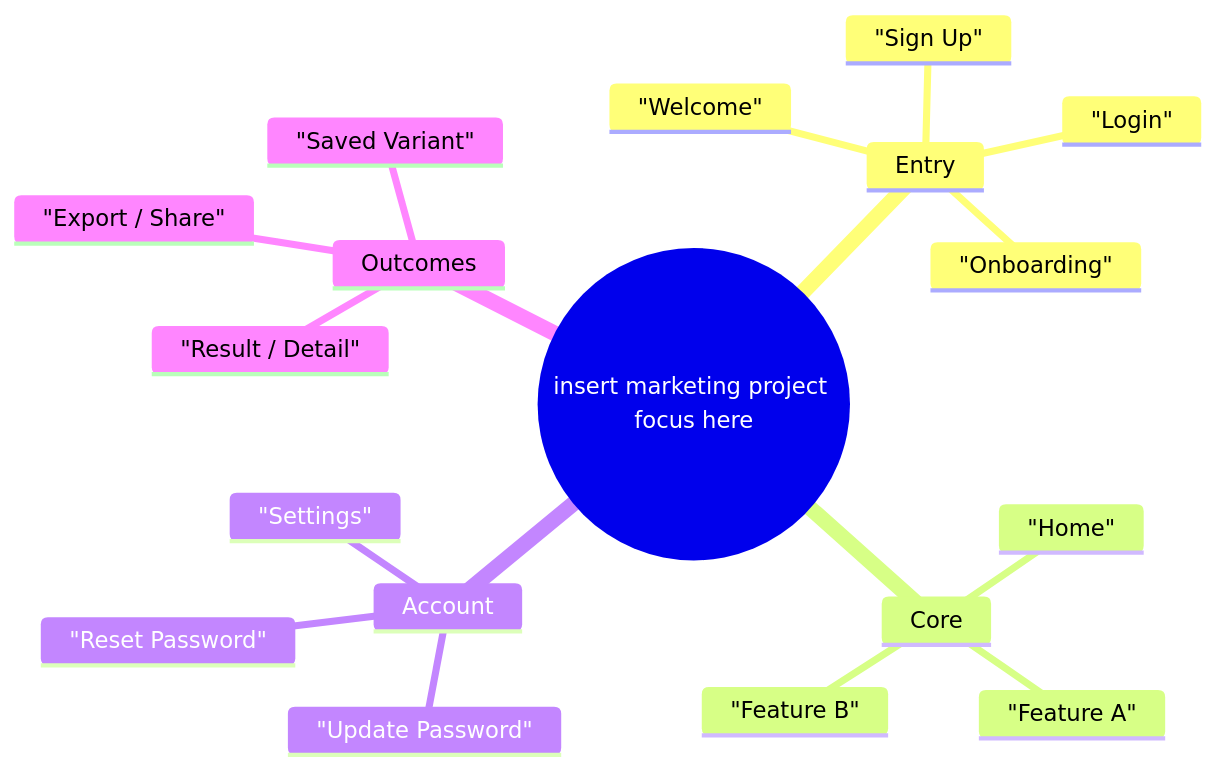
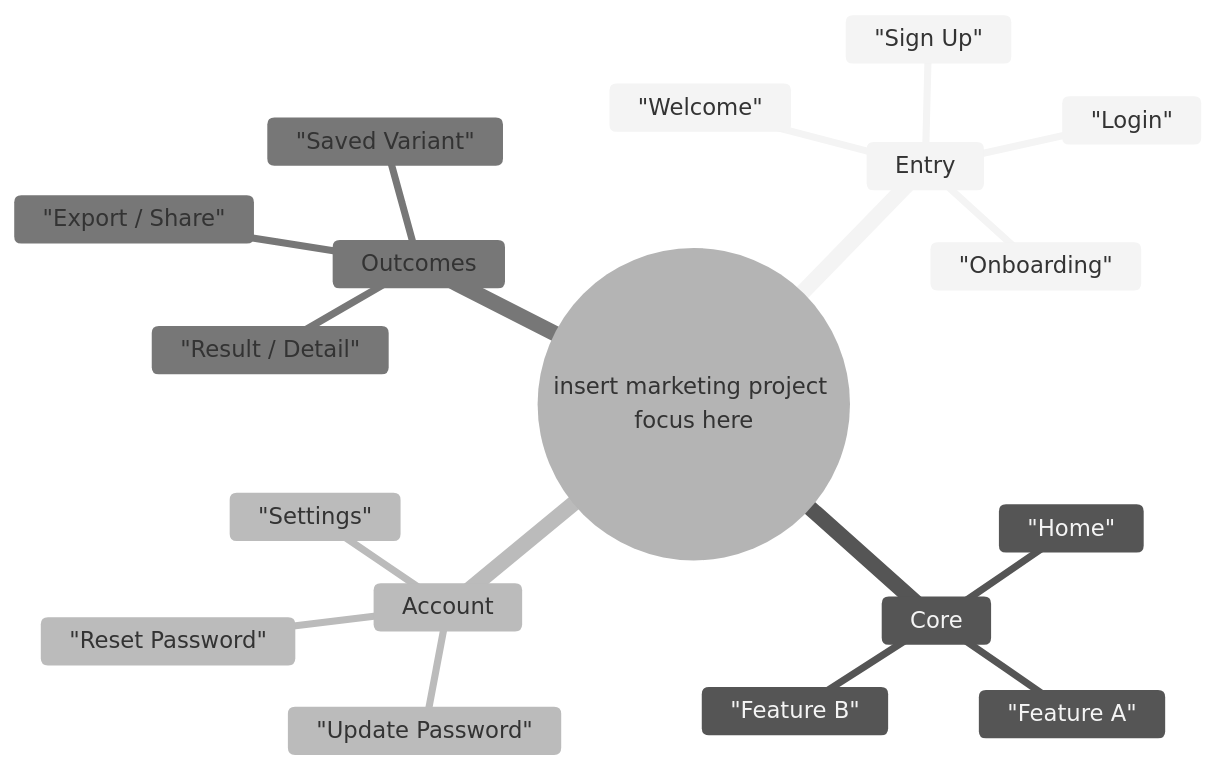
The fourth of 6 diagrams in README.md (Levi-Breedlove/AI-Quad-Research-Prototype-Prod), drawn with Mermaid before and after one commit. The commit also changed other lines of this file, not shown here.

````diff
--- a/README.md
+++ b/README.md
@@ -317,39 +317,22 @@
 ```mermaid
-%%{init: {
-  "theme": "base",
-  "logLevel": "fatal",
-  "themeVariables": {
-    "background": "#0b0f19",
-    "primaryColor": "#1f2937",
-    "primaryTextColor": "#e5e7eb",
-    "lineColor": "#94a3b8",
-    "tertiaryColor": "#334155"
-  },
-  "themeCSS": "
-    .mindmap-node rect, .mindmap-node circle { fill:#1f2937; stroke:#94a3b8; }
-    .mindmap-node path { stroke:#94a3b8; }
-    .mindmap-node text { fill:#e5e7eb; font-weight:500; }
-    .edgeLabel, .label { color:#e5e7eb; fill:#e5e7eb; }
-  "
-}}%%
+%%{init: { "theme": "neutral", "themeVariables": { "background":"transparent" } }}%%
 mindmap
   root(("insert marketing project focus here"))
     Entry
       "Welcome"
       "Login"
       "Sign Up"
       "Onboarding"
     Core
       "Home"
       "Feature A"
       "Feature B"
     Account
       "Settings"
       "Reset Password"
       "Update Password"
     Outcomes
       "Result / Detail"
       "Export / Share"
       "Saved Variant"
-
 ```
````
